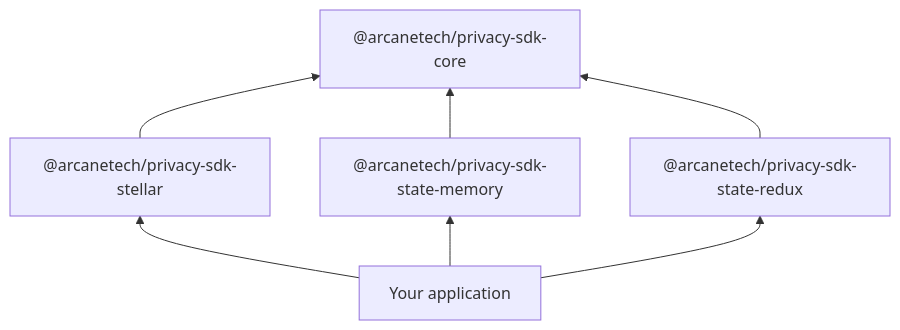
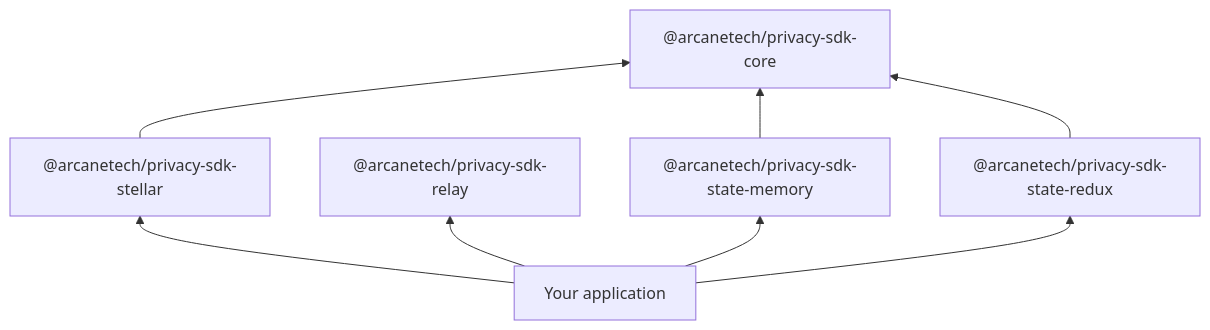
The first of 2 diagrams in docs/overview/packages.mdx (Polynom-Labs/privacy-layer-confidential-sdk), drawn with Mermaid before and after one commit. The commit also changed other lines of this file and 37 other files, not shown here.

First line of the commit message:
feat: add chain-agnostic @arcanetech/privacy-sdk-relay package

````diff
--- a/docs/overview/packages.mdx
+++ b/docs/overview/packages.mdx
@@ -18,15 +18,17 @@
 ```mermaid
 flowchart BT
   App[Your application]
   Stellar["@arcanetech/privacy-sdk-stellar"]
+  Relay["@arcanetech/privacy-sdk-relay"]
   Core["@arcanetech/privacy-sdk-core"]
   Memory["@arcanetech/privacy-sdk-state-memory"]
   Redux["@arcanetech/privacy-sdk-state-redux"]
 
   App --> Stellar
+  App --> Relay
   App --> Memory
   App --> Redux
   Stellar --> Core
   Memory --> Core
   Redux --> Core
 ```
````
